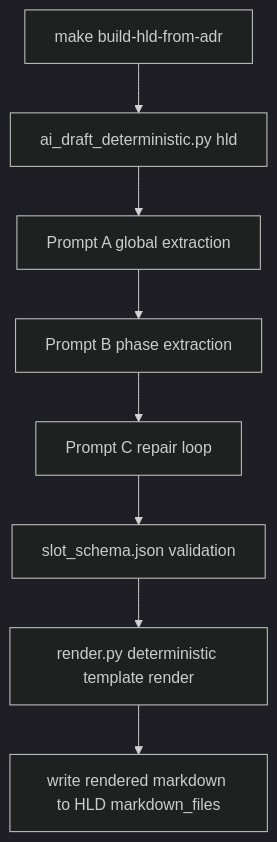
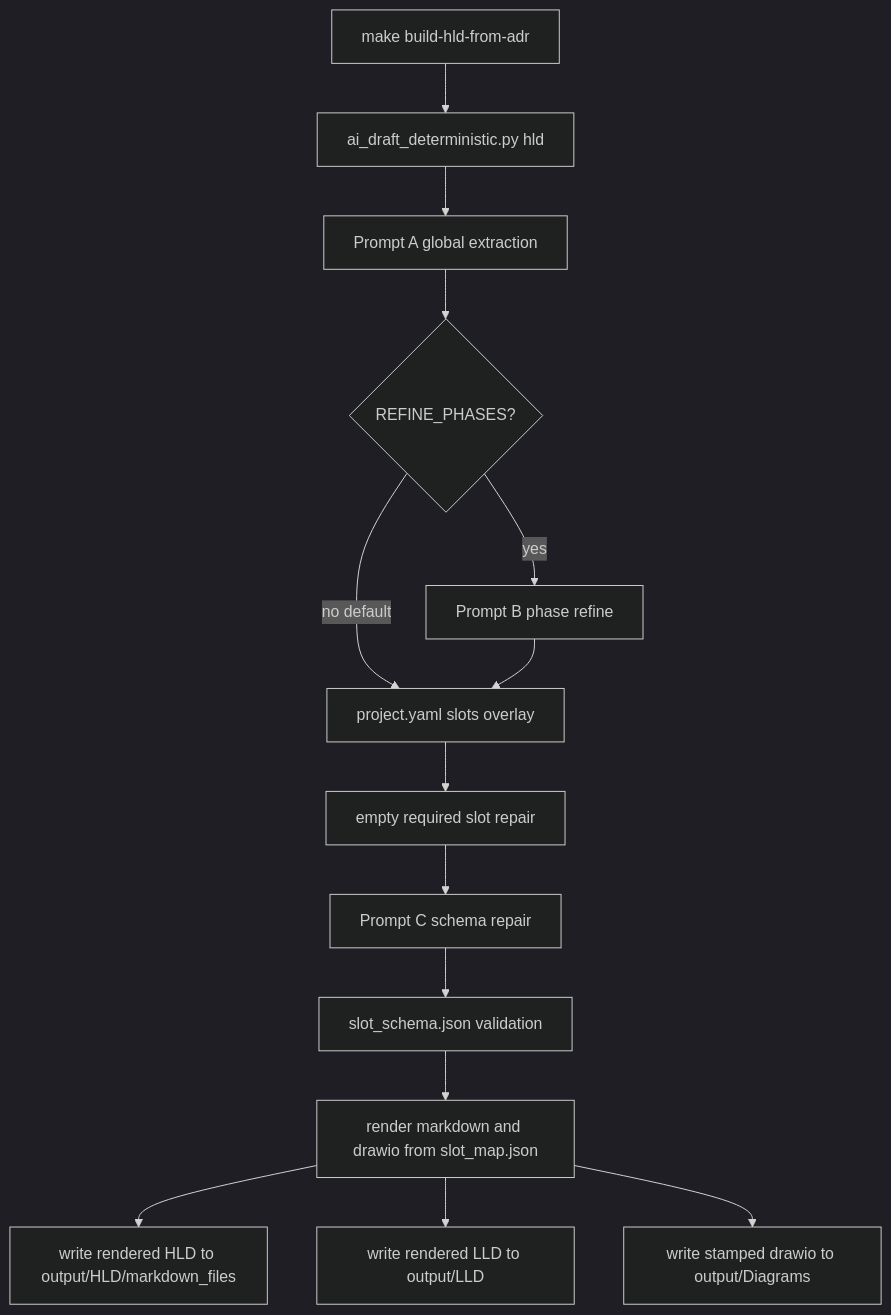
The second of 5 diagrams in docs/CODEFLOW.md (stratus-ss/arch-design-doc-generator), drawn with Mermaid (dark theme) before and after one commit. The commit also changed other lines of this file and 4 other files, not shown here.

````diff
--- a/docs/CODEFLOW.md
+++ b/docs/CODEFLOW.md
@@ -40,10 +43,16 @@
 ```mermaid
 flowchart TD
     BuildHldFromAdr[make build-hld-from-adr] --> AiDraft[ai_draft_deterministic.py hld]
     AiDraft --> PromptA[Prompt A global extraction]
-    PromptA --> PromptB[Prompt B phase extraction]
-    PromptB --> PromptC[Prompt C repair loop]
+    PromptA --> PromptB{REFINE_PHASES?}
+    PromptB -->|yes| PhaseRefine[Prompt B phase refine]
+    PromptB -->|no default| Overlay[project.yaml slots overlay]
+    PhaseRefine --> Overlay
+    Overlay --> EmptyRepair[empty required slot repair]
+    EmptyRepair --> PromptC[Prompt C schema repair]
     PromptC --> SlotSchema[slot_schema.json validation]
-    SlotSchema --> Render[render.py deterministic template render]
-    Render --> WriteBack[write rendered markdown to HLD markdown_files]
+    SlotSchema --> Render[render markdown and drawio from slot_map.json]
+    Render --> WriteBackHld[write rendered HLD to output/HLD/markdown_files]
+    Render --> WriteBackLld[write rendered LLD to output/LLD]
+    Render --> WriteBackDrawio[write stamped drawio to output/Diagrams]
 ```
````
